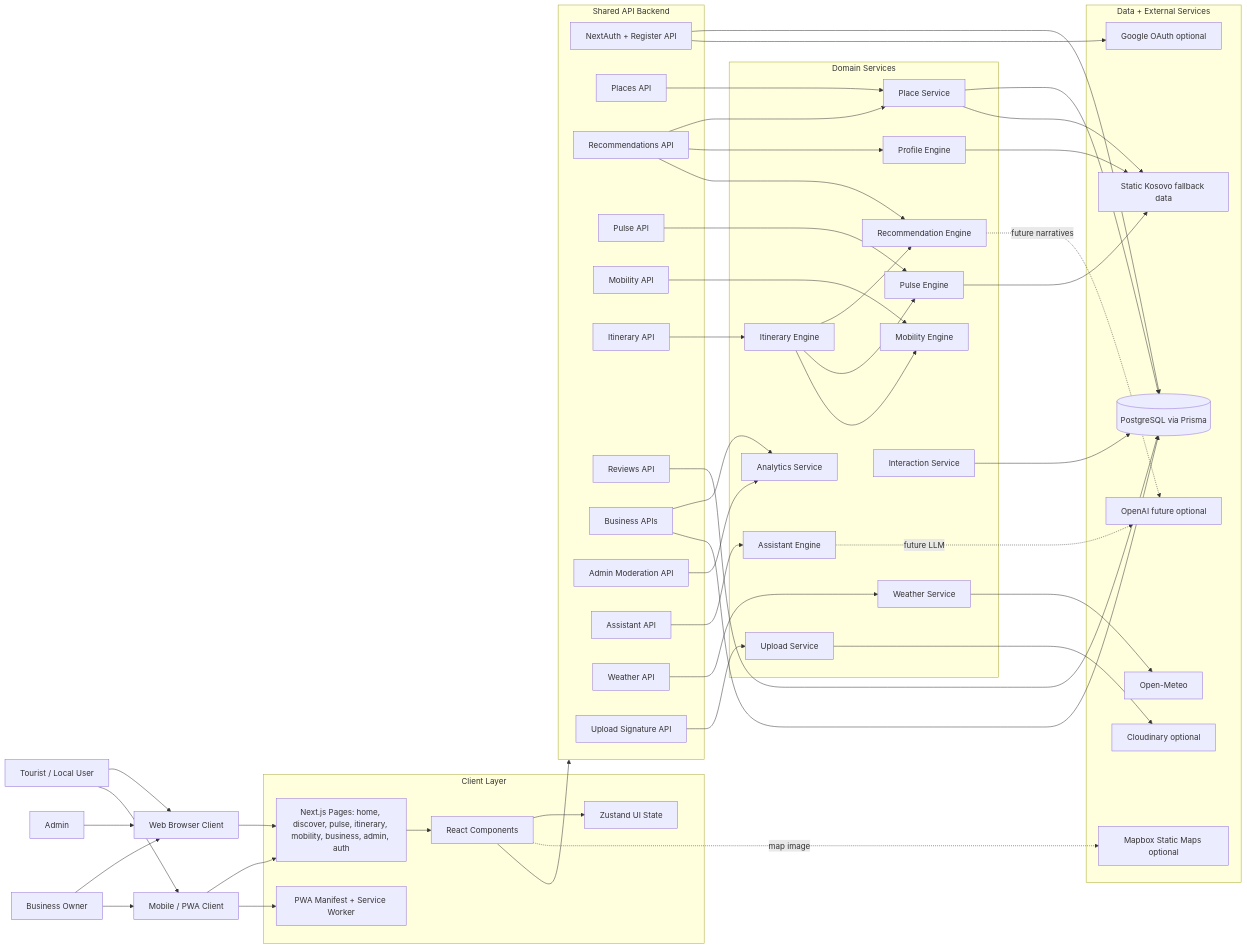
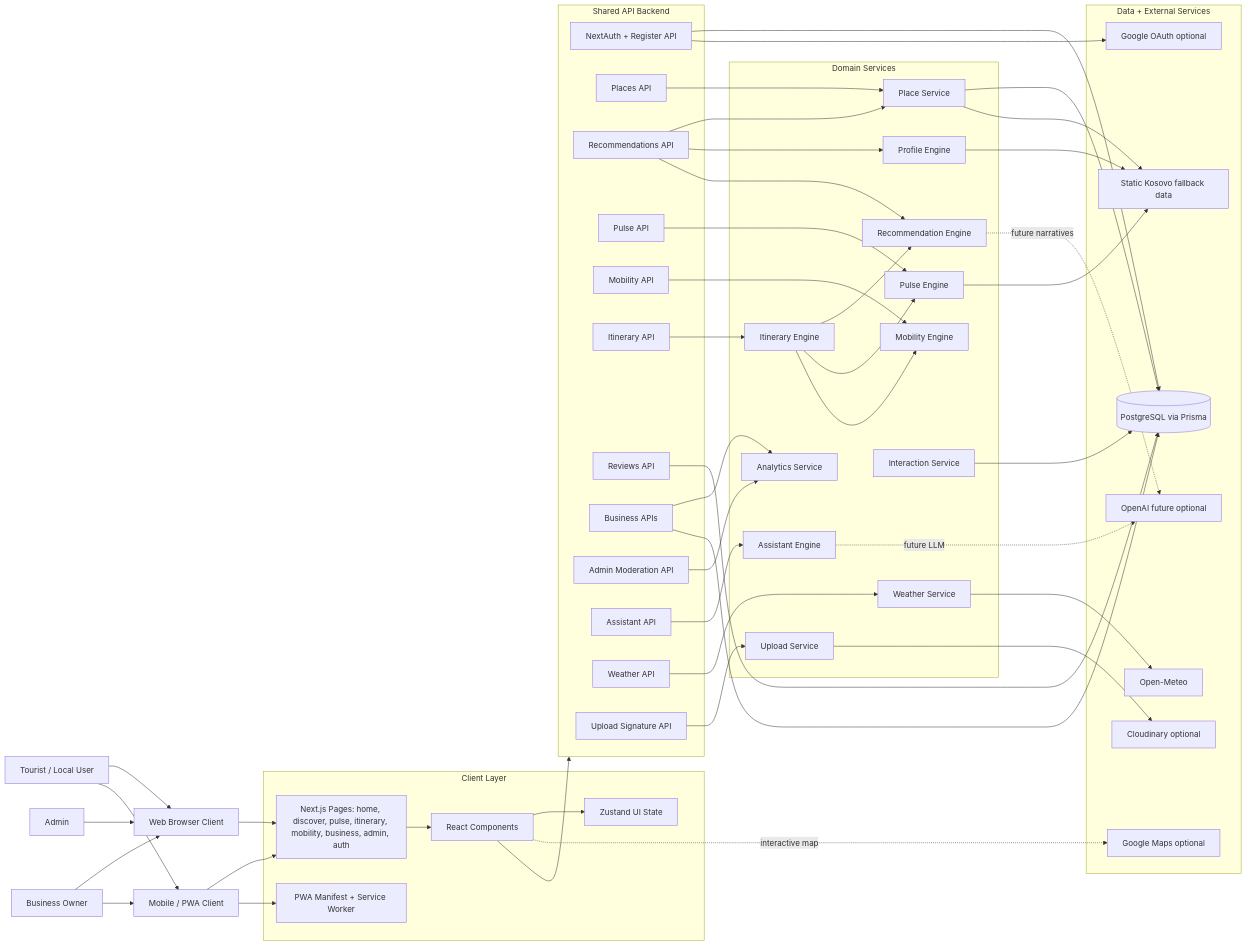
One commit to melosalidema/stay-in-kosovo changed the second of 2 diagrams in docs/system-use-case-overview.md. Above: the diagram before and after it, drawn with Mermaid. The commit also changed other lines of this file and 44 other files, not shown here.

````diff
--- a/docs/system-use-case-overview.md
+++ b/docs/system-use-case-overview.md
@@ -202,7 +202,7 @@
     DB[(PostgreSQL via Prisma)]
     Fallback[Static Kosovo fallback data]
     OpenMeteo[Open-Meteo]
-    Mapbox[Mapbox Static Maps optional]
+    Maps[Google Maps optional]
     Cloudinary[Cloudinary optional]
     Google[Google OAuth optional]
     OpenAI[OpenAI future optional]
@@ -250,5 +250,5 @@
   UploadService --> Cloudinary
   RecommendationEngine -. future narratives .-> OpenAI
   AssistantEngine -. future LLM .-> OpenAI
-  Components -. map image .-> Mapbox
+  Components -. interactive map .-> Maps
 ```
````
